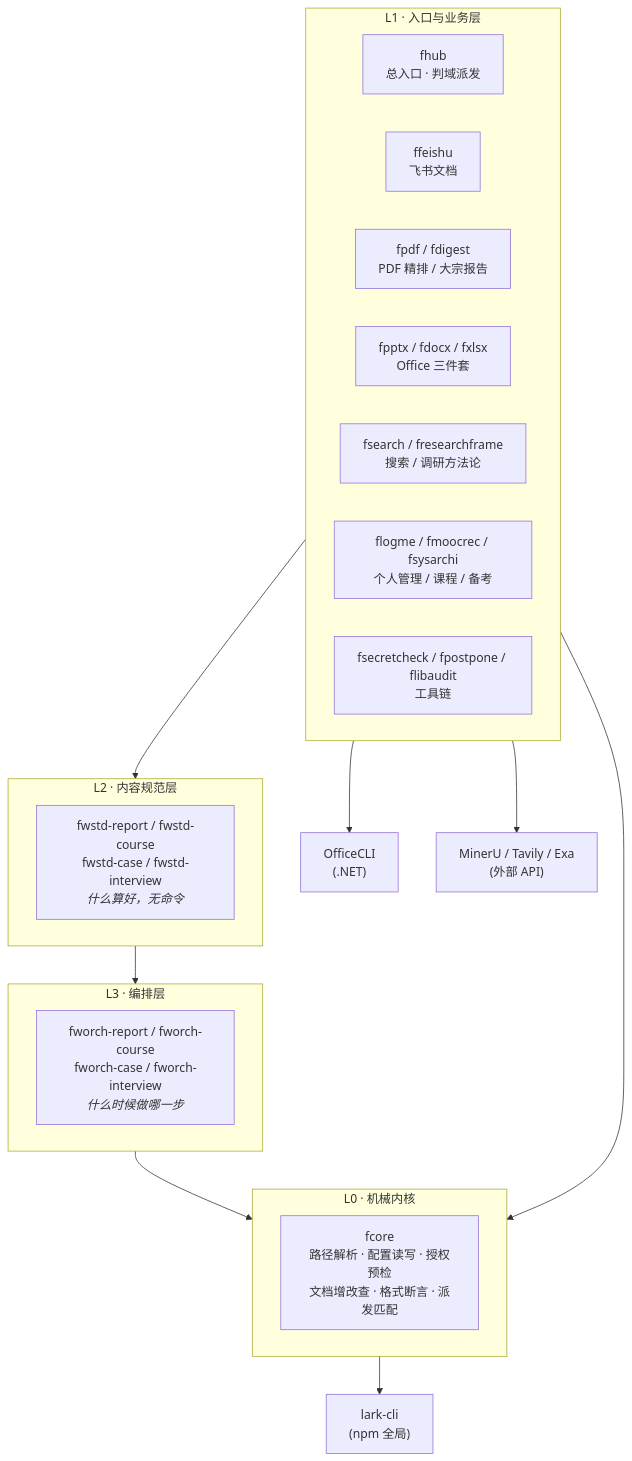
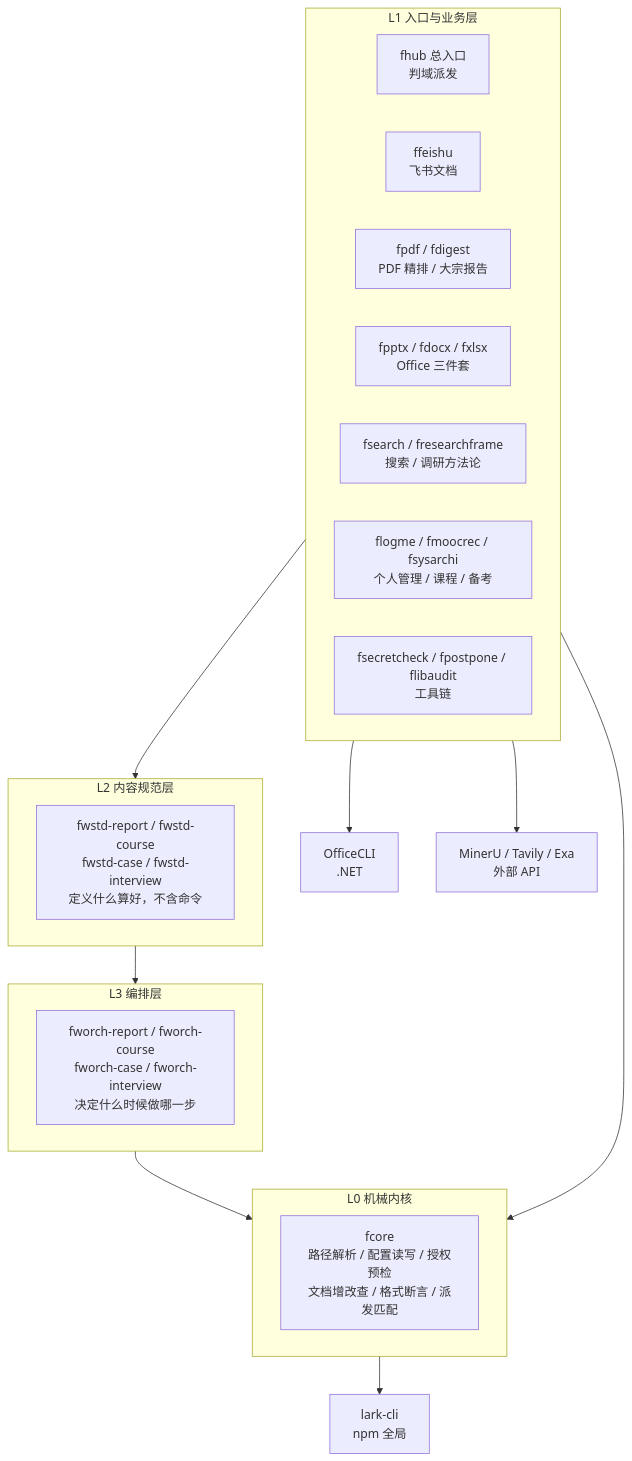
The first of 3 diagrams in README.md (mengfanchun2017/skill), drawn with Mermaid before and after one commit. The commit also changed 1 other file, not shown here.

Commit message:
Auto-sync: skill 2 文件
  README.md
  plugins/fdigest/scripts/build_cases.py

````diff
--- a/README.md
+++ b/README.md
@@ -42,37 +42,37 @@
 ```mermaid
 flowchart TB
-    subgraph L1["L1 · 入口与业务层"]
+    subgraph L1["L1 入口与业务层"]
         direction LR
-        fhub["fhub<br/>总入口 · 判域派发"]
+        fhub["fhub 总入口<br/>判域派发"]
         feishu["ffeishu<br/>飞书文档"]
         pdf["fpdf / fdigest<br/>PDF 精排 / 大宗报告"]
         office["fpptx / fdocx / fxlsx<br/>Office 三件套"]
         research["fsearch / fresearchframe<br/>搜索 / 调研方法论"]
         personal["flogme / fmoocrec / fsysarchi<br/>个人管理 / 课程 / 备考"]
         tool["fsecretcheck / fpostpone / flibaudit<br/>工具链"]
     end
 
-    subgraph L2["L2 · 内容规范层"]
-        fwstd["fwstd-report / fwstd-course<br/>fwstd-case / fwstd-interview<br/><i>什么算好，无命令</i>"]
+    subgraph L2["L2 内容规范层"]
+        fwstd["fwstd-report / fwstd-course<br/>fwstd-case / fwstd-interview<br/>定义什么算好，不含命令"]
     end
 
-    subgraph L3["L3 · 编排层"]
-        fworch["fworch-report / fworch-course<br/>fworch-case / fworch-interview<br/><i>什么时候做哪一步</i>"]
+    subgraph L3["L3 编排层"]
+        fworch["fworch-report / fworch-course<br/>fworch-case / fworch-interview<br/>决定什么时候做哪一步"]
     end
 
-    subgraph L0["L0 · 机械内核"]
-        fcore["fcore<br/>路径解析 · 配置读写 · 授权预检<br/>文档增改查 · 格式断言 · 派发匹配"]
+    subgraph L0["L0 机械内核"]
+        fcore["fcore<br/>路径解析 / 配置读写 / 授权预检<br/>文档增改查 / 格式断言 / 派发匹配"]
     end
 
     L1 --> L2
     L2 --> L3
     L3 --> L0
     L1 --> L0
 
-    ext1["lark-cli<br/>(npm 全局)"]
-    ext2["OfficeCLI<br/>(.NET)"]
-    ext3["MinerU / Tavily / Exa<br/>(外部 API)"]
+    ext1["lark-cli<br/>npm 全局"]
+    ext2["OfficeCLI<br/>.NET"]
+    ext3["MinerU / Tavily / Exa<br/>外部 API"]
     L0 --> ext1
     L1 --> ext2
     L1 --> ext3
 ```
````
